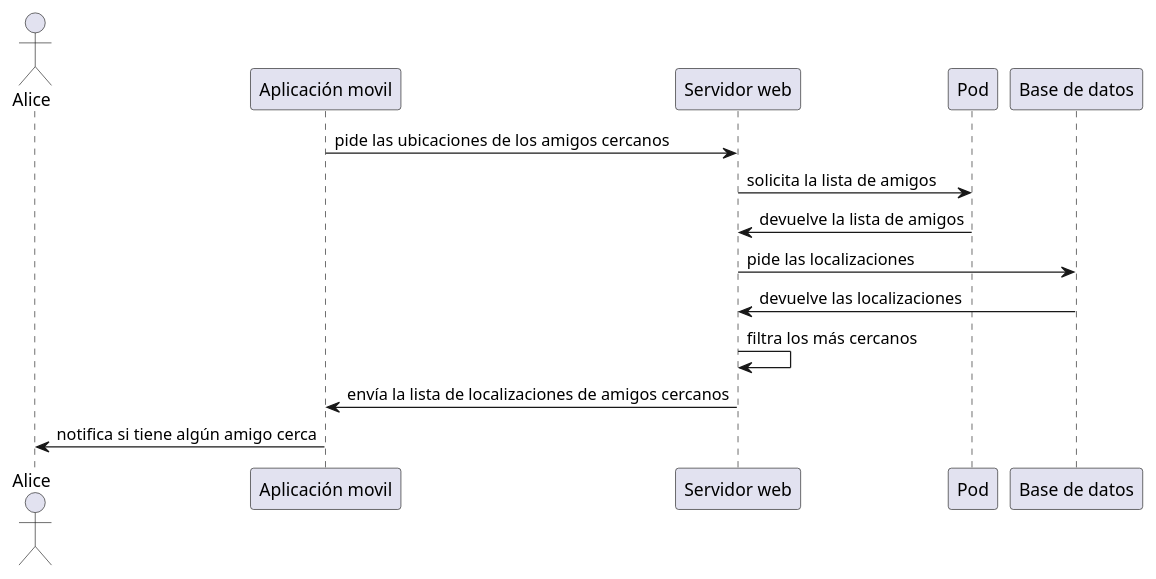
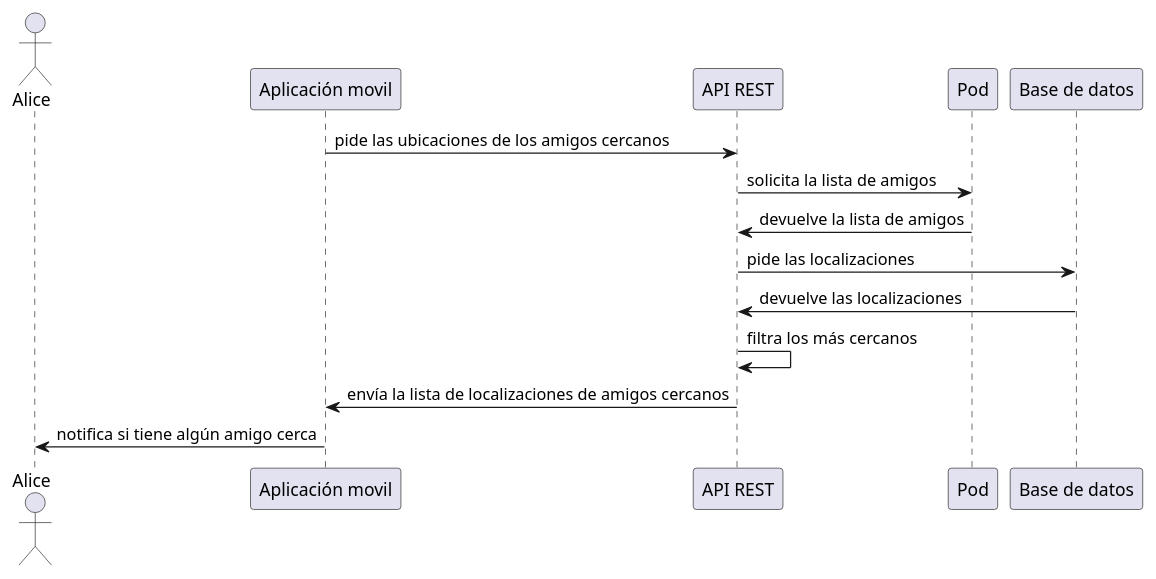
Before and after one commit to Arquisoft/radarin_es4b: the second of 3 diagrams in webapp/docs/06_runtime_view.adoc, drawn with PlantUML. The commit also changed other lines of this file and 18 other files, not shown here.

```diff
--- a/webapp/docs/06_runtime_view.adoc
+++ b/webapp/docs/06_runtime_view.adoc
@@ -24,16 +24,16 @@
 [plantuml,"Ver localización de amigos cercanos",png]
 ----
 actor Alice
 participant  "Aplicación movil"
-participant "Servidor web"
+participant "API REST"
 participant "Pod"
 participant "Base de datos"
-"Aplicación movil" -> "Servidor web": pide las ubicaciones de los amigos cercanos
-"Servidor web" -> "Pod": solicita la lista de amigos
-"Pod" -> "Servidor web": devuelve la lista de amigos
-"Servidor web" -> "Base de datos": pide las localizaciones
-"Base de datos" -> "Servidor web": devuelve las localizaciones
-"Servidor web" -> "Servidor web": filtra los más cercanos
-"Servidor web" -> "Aplicación movil": envía la lista de localizaciones de amigos cercanos
+"Aplicación movil" -> "API REST": pide las ubicaciones de los amigos cercanos
+"API REST" -> "Pod": solicita la lista de amigos
+"Pod" -> "API REST": devuelve la lista de amigos
+"API REST" -> "Base de datos": pide las localizaciones
+"Base de datos" -> "API REST": devuelve las localizaciones
+"API REST" -> "API REST": filtra los más cercanos
+"API REST" -> "Aplicación movil": envía la lista de localizaciones de amigos cercanos
 "Aplicación movil" -> "Alice": notifica si tiene algún amigo cerca
 ----
```
